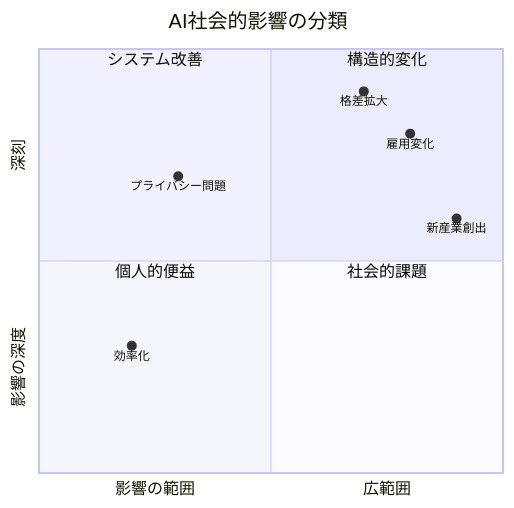
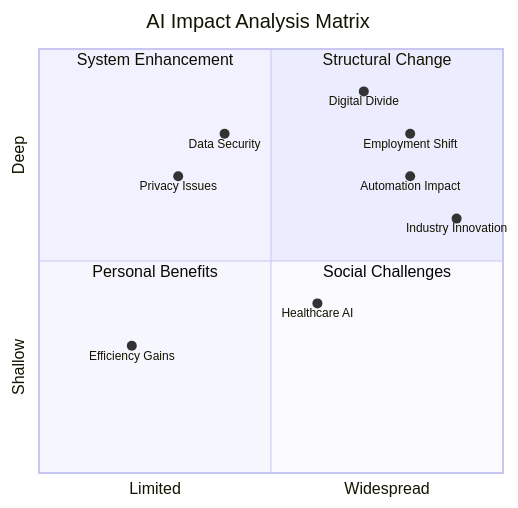
Before and after one commit to SparklingDetergent/doc_genai_mental_model: the seventh of 13 diagrams in AI/SocialImpact/README.MD, drawn with Mermaid.

````diff
--- a/AI/SocialImpact/README.MD
+++ b/AI/SocialImpact/README.MD
@@ -175,17 +175,20 @@
 ```mermaid
 quadrantChart
-    title AI社会的影響の分類
-    x-axis 影響の範囲 --> 広範囲
-    y-axis 影響の深度 --> 深刻
+    title AI Impact Analysis Matrix
+    x-axis Limited --> Widespread
+    y-axis Shallow --> Deep
     
-    quadrant-1 構造的変化
-    quadrant-2 システム改善
-    quadrant-3 個人的便益
-    quadrant-4 社会的課題
+    quadrant-1 Structural Change
+    quadrant-2 System Enhancement
+    quadrant-3 Personal Benefits  
+    quadrant-4 Social Challenges
     
-    プライバシー問題: [0.3, 0.7]
-    雇用変化: [0.8, 0.8]
-    効率化: [0.2, 0.3]
-    新産業創出: [0.9, 0.6]
-    格差拡大: [0.7, 0.9]
+    Privacy Issues: [0.3, 0.7]
+    Employment Shift: [0.8, 0.8]
+    Efficiency Gains: [0.2, 0.3]
+    Industry Innovation: [0.9, 0.6]
+    Digital Divide: [0.7, 0.9]
+    Healthcare AI: [0.6, 0.4]
+    Automation Impact: [0.8, 0.7]
+    Data Security: [0.4, 0.8]
 ```
````
